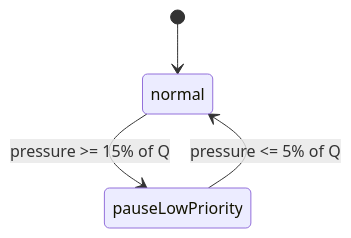
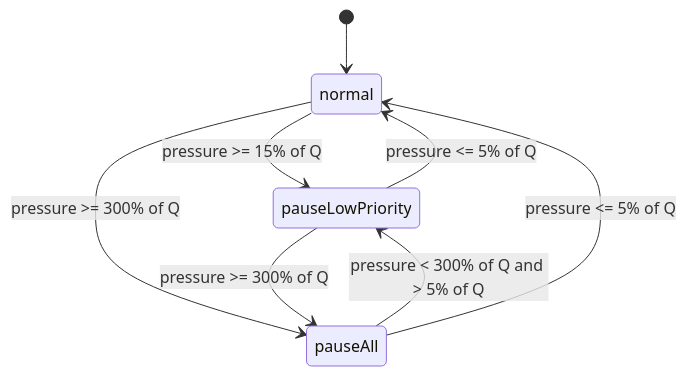
The second of 2 diagrams in docs/design/2026-08-12-ticdc-log-puller-memory-quota.md (pingcap/ticdc), drawn with Mermaid before and after one commit. The commit also changed other lines of this file and 2 other files, not shown here.

Commit message:
logpuller: pause all new region scans at upper admission threshold

````diff
--- a/docs/design/2026-08-12-ticdc-log-puller-memory-quota.md
+++ b/docs/design/2026-08-12-ticdc-log-puller-memory-quota.md
@@ -261,6 +265,10 @@
 ```mermaid
 stateDiagram-v2
     [*] --> normal
     normal --> pauseLowPriority: pressure >= 15% of Q
     pauseLowPriority --> normal: pressure <= 5% of Q
+    normal --> pauseAll: pressure >= 300% of Q
+    pauseLowPriority --> pauseAll: pressure >= 300% of Q
+    pauseAll --> pauseLowPriority: pressure < 300% of Q and > 5% of Q
+    pauseAll --> normal: pressure <= 5% of Q
 ```
````
